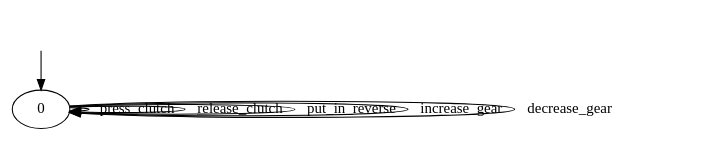
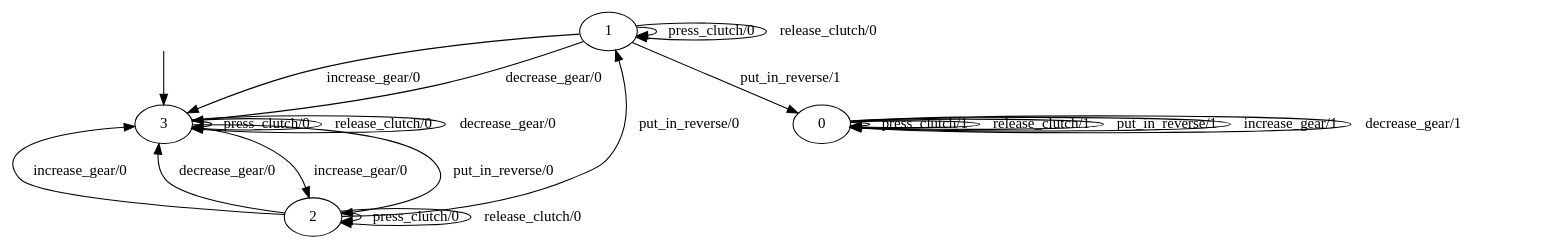
The diagram in output/gearbox_mealy_a.dot (tomyaacov/lstar_dont_care), drawn with Graphviz before and after one commit. The commit also changed 10 other files, not shown here.

```diff
--- a/output/gearbox_mealy_a.dot
+++ b/output/gearbox_mealy_a.dot
@@ -1,10 +1,28 @@
 digraph "output/gearbox_mealy_a" {
 0 [label=0];
-0 -> 0  [label=press_clutch];
-0 -> 0  [label=release_clutch];
-0 -> 0  [label=put_in_reverse];
-0 -> 0  [label=increase_gear];
-0 -> 0  [label=decrease_gear];
+1 [label=1];
+2 [label=2];
+3 [label=3];
+0 -> 0  [label="press_clutch/1"];
+0 -> 0  [label="release_clutch/1"];
+0 -> 0  [label="put_in_reverse/1"];
+0 -> 0  [label="increase_gear/1"];
+0 -> 0  [label="decrease_gear/1"];
+1 -> 1  [label="press_clutch/0"];
+1 -> 1  [label="release_clutch/0"];
+1 -> 0  [label="put_in_reverse/1"];
+1 -> 3  [label="increase_gear/0"];
+1 -> 3  [label="decrease_gear/0"];
+2 -> 2  [label="press_clutch/0"];
+2 -> 2  [label="release_clutch/0"];
+2 -> 1  [label="put_in_reverse/0"];
+2 -> 3  [label="increase_gear/0"];
+2 -> 3  [label="decrease_gear/0"];
+3 -> 3  [label="press_clutch/0"];
+3 -> 3  [label="release_clutch/0"];
+3 -> 2  [label="put_in_reverse/0"];
+3 -> 2  [label="increase_gear/0"];
+3 -> 3  [label="decrease_gear/0"];
 __start0 [label="", shape=none];
-__start0 -> 0  [label=""];
+__start0 -> 3  [label=""];
 }
```
